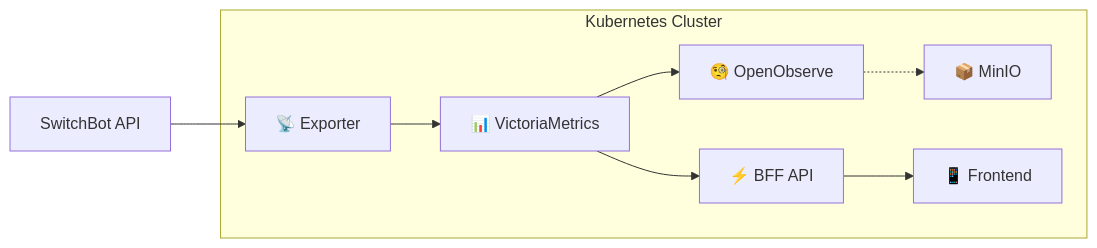
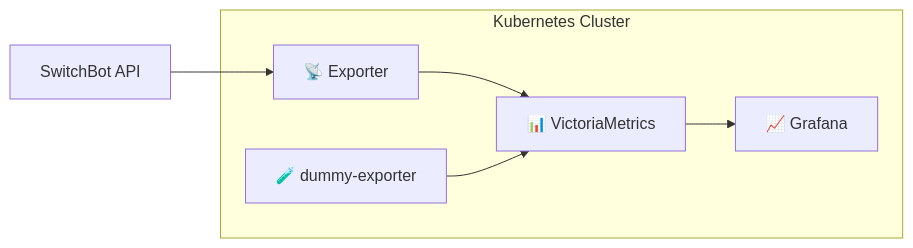
Before and after one commit to AobaIwaki123/smart_home: the diagram in k8s/README.md, drawn with Mermaid. The commit also changed other lines of this file and 14 other files, not shown here.

````diff
--- a/k8s/README.md
+++ b/k8s/README.md
@@ -7,18 +7,14 @@
 ```mermaid
 graph LR
     A[SwitchBot API] --> B[📡 Exporter]
     B --> C[📊 VictoriaMetrics]
-    C --> D[⚡ BFF API]
-    C --> E[🧐 OpenObserve]
-    E -.-> G[📦 MinIO]
-    D --> F[📱 Frontend]
+    C --> D[📈 Grafana]
+    E[🧪 dummy-exporter] --> C
     
     subgraph "Kubernetes Cluster"
         B
         C  
         D
         E
-        F
-        G
     end
 ```
````
